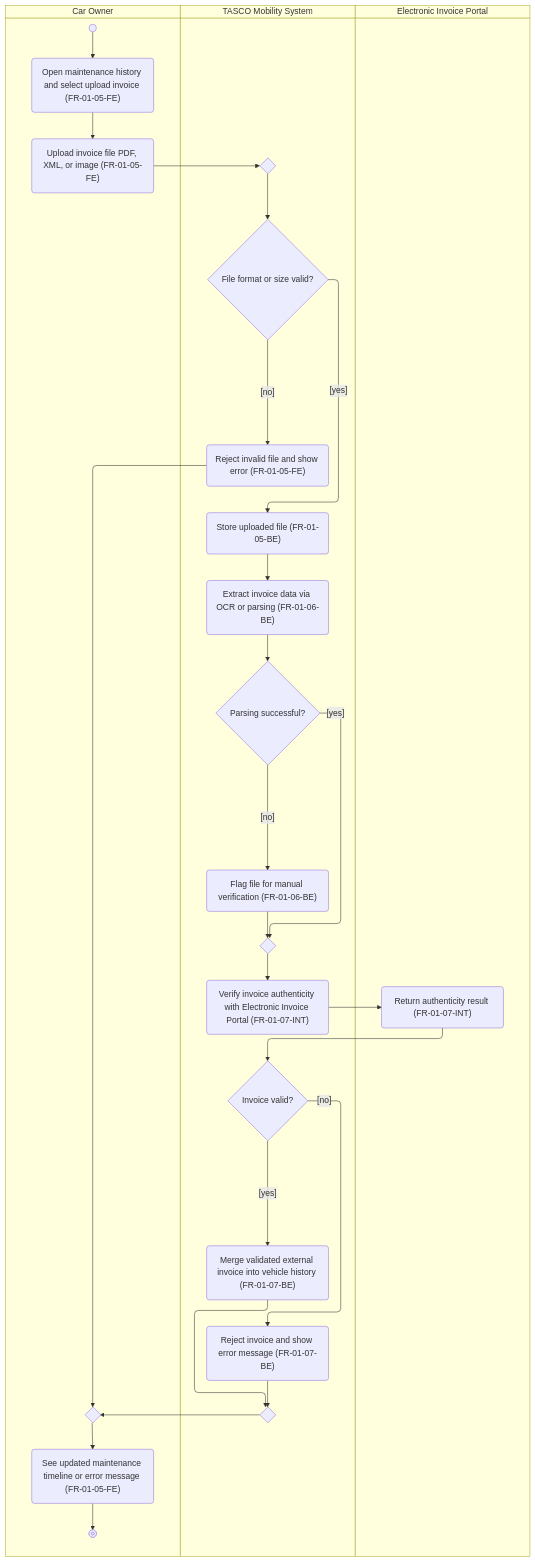
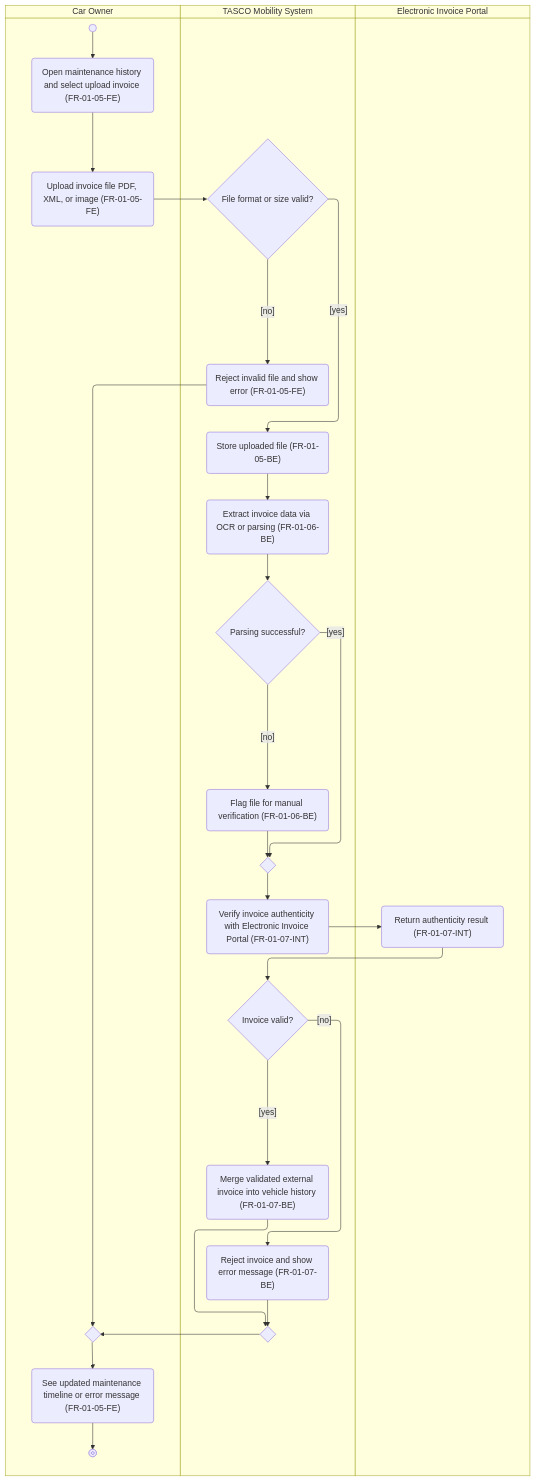
One commit to giangnhk63db/DBIZ-2_GROUP-A changed the diagram in Activity Diagram/AD-UC-1.05.md. Above: the diagram before and after it, drawn with Mermaid. The commit also changed other lines of this file, not shown here.

````diff
--- a/Activity Diagram/AD-UC-1.05.md
+++ b/Activity Diagram/AD-UC-1.05.md
@@ -26,43 +26,40 @@
 ```mermaid
 
 swimlane-beta TB
   subgraph CAR["Car Owner"]
     start@{ shape: sm-circ }
     a1("Open maintenance history and select upload invoice (FR-01-05-FE)")
     a2("Upload invoice file PDF, XML, or image (FR-01-05-FE)")
     m4{" "}
     a3("See updated maintenance timeline or error message (FR-01-05-FE)")
     stop1@{ shape: fr-circ }
   end
   subgraph SYS["TASCO Mobility System"]
-    m1{" "}
     d1{"File format or size valid?"}
     s1("Reject invalid file and show error (FR-01-05-FE)")
     s2("Store uploaded file (FR-01-05-BE)")
     s3("Extract invoice data via OCR or parsing (FR-01-06-BE)")
     d2{"Parsing successful?"}
     s4("Flag file for manual verification (FR-01-06-BE)")
     m3{" "}
     s5("Verify invoice authenticity with Electronic Invoice Portal (FR-01-07-INT)")
     d3{"Invoice valid?"}
     s6("Merge validated external invoice into vehicle history (FR-01-07-BE)")
     s7("Reject invoice and show error message (FR-01-07-BE)")
     m2{" "}
   end
   subgraph PORTAL["Electronic Invoice Portal"]
     e1("Return authenticity result (FR-01-07-INT)")
   end
 
-
-  start --> a1 --> a2 --> m1 --> d1
+  start --> a1 --> a2 --> d1
   d1 -->|"[no]"| s1 --> m4
   d1 -->|"[yes]"| s2 --> s3 --> d2
   d2 -->|"[no]"| s4 --> m3
   d2 -->|"[yes]"| m3
   m3 --> s5 --> e1 --> d3
   d3 -->|"[yes]"| s6 --> m2
   d3 -->|"[no]"| s7 --> m2
   m2 --> m4
   m4 --> a3 --> stop1
-
 ```
````
